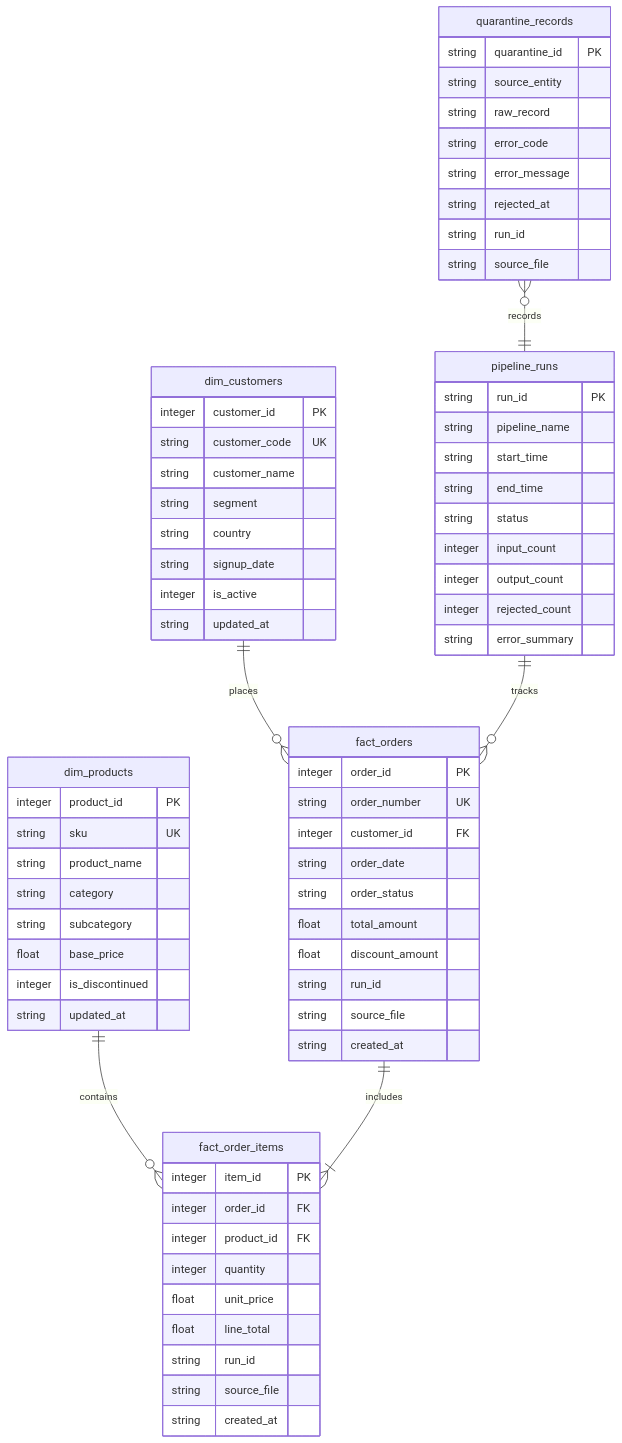
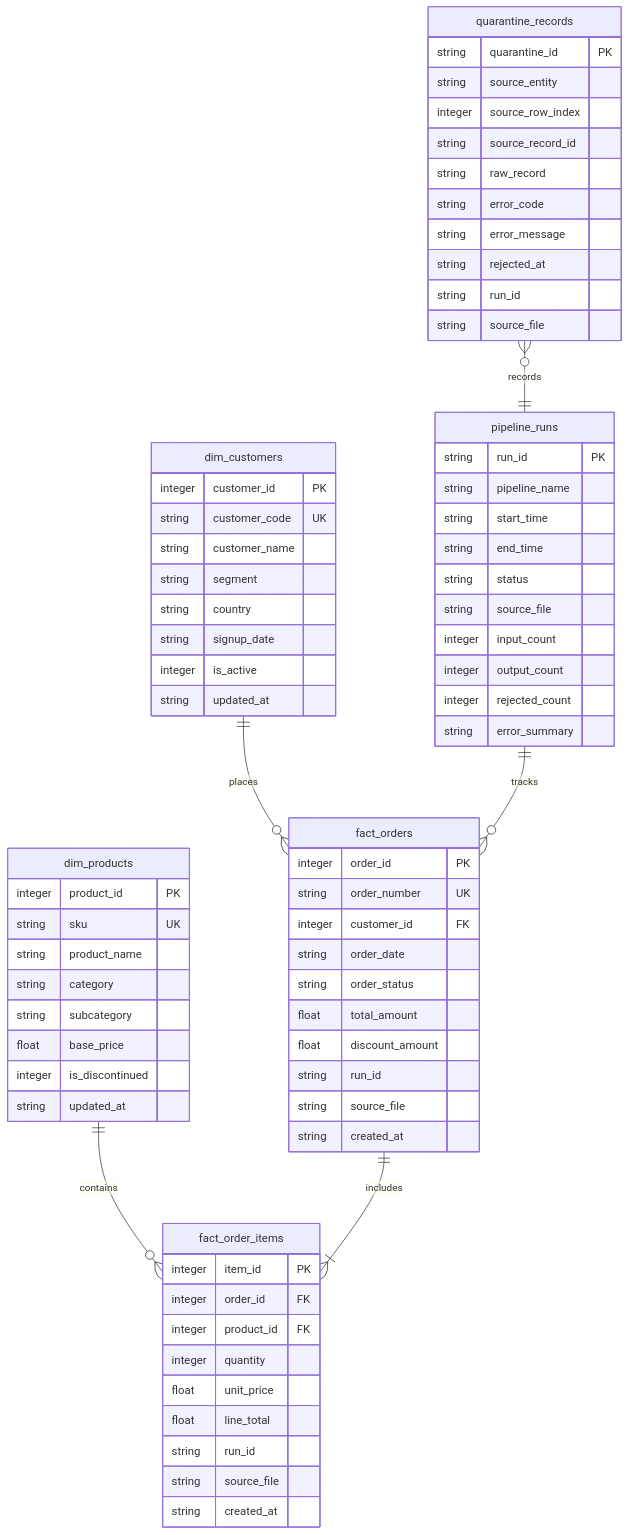
The diagram in DATA_DICTIONARY.md (Bheemalingappa/analytical-workload-optimization), drawn with Mermaid before and after one commit. The commit also changed other lines of this file and 19 other files, not shown here.

````diff
--- a/DATA_DICTIONARY.md
+++ b/DATA_DICTIONARY.md
@@ -10,78 +10,81 @@
 ```mermaid
 erDiagram
     dim_customers ||--o{ fact_orders : places
     dim_products ||--o{ fact_order_items : contains
     fact_orders ||--|{ fact_order_items : includes
     pipeline_runs ||--o{ fact_orders : tracks
     quarantine_records }o--|| pipeline_runs : records
 
     dim_customers {
         integer customer_id PK
         string customer_code UK
         string customer_name
         string segment
         string country
         string signup_date
         integer is_active
         string updated_at
     }
 
     dim_products {
         integer product_id PK
         string sku UK
         string product_name
         string category
         string subcategory
         float base_price
         integer is_discontinued
         string updated_at
     }
 
     fact_orders {
         integer order_id PK
         string order_number UK
         integer customer_id FK
         string order_date
         string order_status
         float total_amount
         float discount_amount
         string run_id
         string source_file
         string created_at
     }
 
     fact_order_items {
         integer item_id PK
         integer order_id FK
         integer product_id FK
         integer quantity
         float unit_price
         float line_total
         string run_id
         string source_file
         string created_at
     }
 
     quarantine_records {
         string quarantine_id PK
         string source_entity
+        integer source_row_index
+        string source_record_id
         string raw_record
         string error_code
         string error_message
         string rejected_at
         string run_id
         string source_file
     }
 
     pipeline_runs {
         string run_id PK
         string pipeline_name
         string start_time
         string end_time
         string status
+        string source_file
         integer input_count
         integer output_count
         integer rejected_count
         string error_summary
     }
 ```
````
